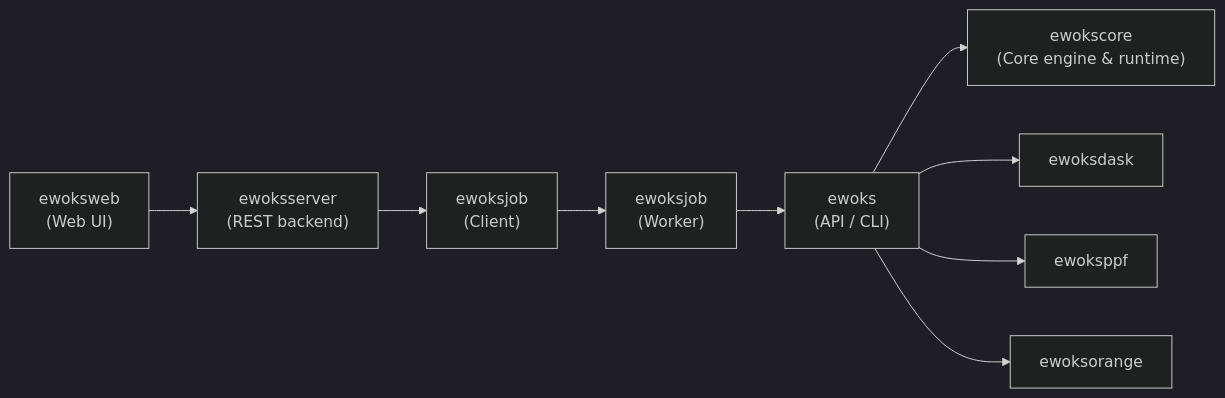
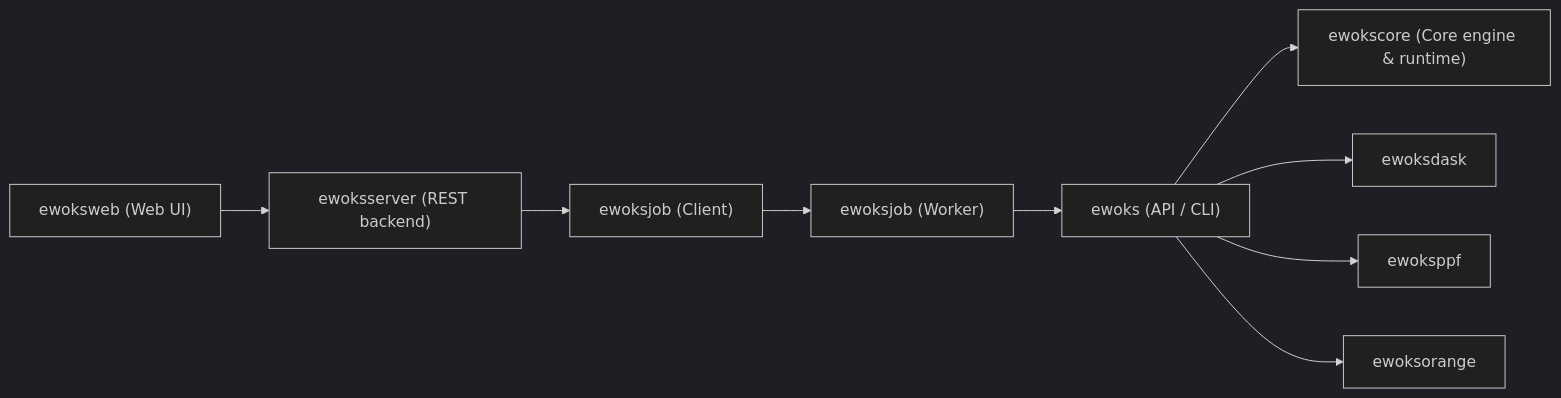
Before and after one commit to ewoks-kit/.github: the diagram in profile/README.md, drawn with Mermaid (dark theme). The commit also changed other lines of this file, not shown here.

````diff
--- a/profile/README.md
+++ b/profile/README.md
@@ -11,29 +10,29 @@
 ```mermaid
 flowchart LR
-    ewoksweb["ewoksweb\n(Web UI)"]
-    ewoksserver["ewoksserver\n(REST backend)"]
+    ewoksweb["ewoksweb (Web UI)"]
+    ewoksserver["ewoksserver (REST backend)"]
 
-    ewoksjob["ewoksjob\n(Client)"]
-    ewoksjobworker["ewoksjob\n(Worker)"]
+    ewoksjob["ewoksjob (Client)"]
+    ewoksjobworker["ewoksjob (Worker)"]
 
-    ewoks["ewoks\n(API / CLI)"]
+    ewoks["ewoks (API / CLI)"]
 
-    ewokscore["ewokscore\n(Core engine & runtime)"]
+    ewokscore["ewokscore (Core engine & runtime)"]
     ewoksdask["ewoksdask"]
     ewoksppf["ewoksppf"]
     ewoksorange["ewoksorange"]
 
     %% User interaction
     ewoksweb --> ewoksserver
 
     %% Submission path
     ewoksserver --> ewoksjob
     ewoksjob --> ewoksjobworker
 
     %% Execution
     ewoksjobworker --> ewoks
     ewoks --> ewokscore
     ewoks --> ewoksdask
     ewoks --> ewoksppf
     ewoks --> ewoksorange
 ```
````
